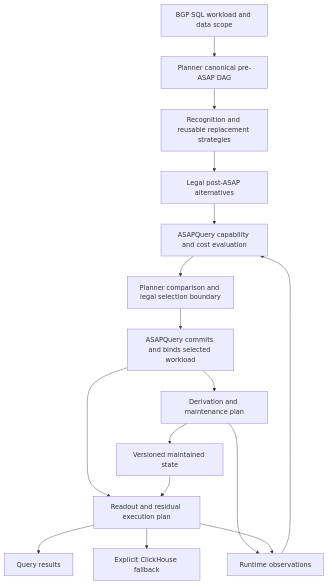
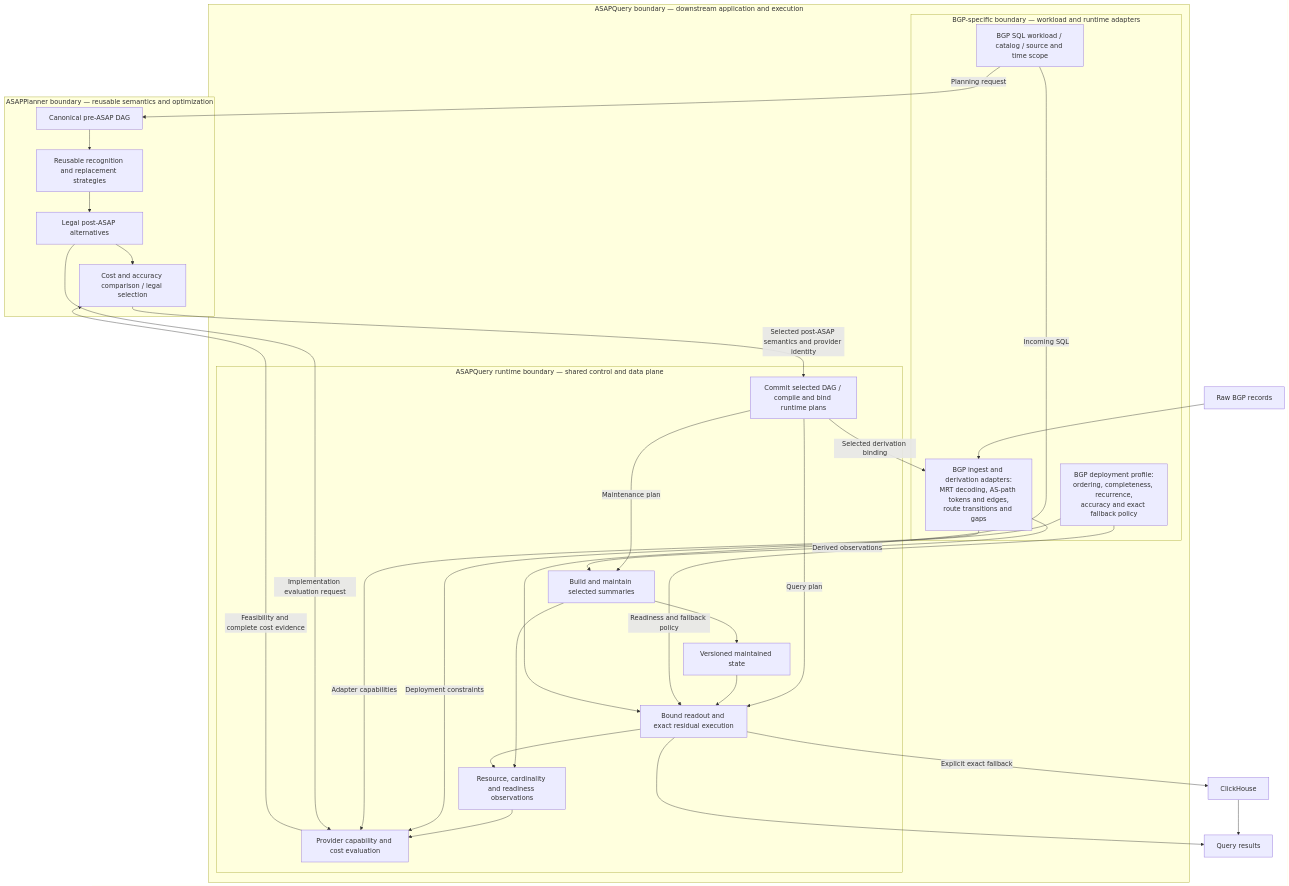
The first of 2 diagrams in .design_docs/ASAPPLANNER_INTEGRATION_PLAN.md (ProjectASAP/ASAPQuery), drawn with Mermaid before and after one commit. The commit also changed other lines of this file, not shown here.

Commit message:
docs: show Planner runtime and BGP ownership boundaries

````diff
--- a/.design_docs/ASAPPLANNER_INTEGRATION_PLAN.md
+++ b/.design_docs/ASAPPLANNER_INTEGRATION_PLAN.md
@@ -55,18 +55,50 @@
 ```mermaid
 flowchart TD
-    Q[BGP SQL workload and data scope] --> P[Planner canonical pre-ASAP DAG]
-    P --> R[Recognition and reusable replacement strategies]
-    R --> A[Legal post-ASAP alternatives]
-    A --> E[ASAPQuery capability and cost evaluation]
-    E --> S[Planner comparison and legal selection boundary]
-    S --> C[ASAPQuery commits and binds selected workload]
-    C --> I[Derivation and maintenance plan]
-    C --> X[Readout and residual execution plan]
-    I --> Store[Versioned maintained state]
-    Store --> X
+    subgraph Planner["ASAPPlanner boundary — reusable semantics and optimization"]
+        P[Canonical pre-ASAP DAG]
+        R[Reusable recognition and replacement strategies]
+        A[Legal post-ASAP alternatives]
+        S[Cost and accuracy comparison / legal selection]
+        P --> R --> A
+        A --> S
+    end
+
+    subgraph Query["ASAPQuery boundary — downstream application and execution"]
+        subgraph BGP["BGP-specific boundary — workload and runtime adapters"]
+            Q[BGP SQL workload / catalog / source and time scope]
+            D[BGP ingest and derivation adapters:<br/>MRT decoding, AS-path tokens and edges,<br/>route transitions and gaps]
+            Profile[BGP deployment profile:<br/>ordering, completeness, recurrence,<br/>accuracy and exact fallback policy]
+        end
+
+        subgraph Runtime["ASAPQuery runtime boundary — shared control and data plane"]
+            E[Provider capability and cost evaluation]
+            C[Commit selected DAG / compile and bind runtime plans]
+            I[Build and maintain selected summaries]
+            Store[Versioned maintained state]
+            X[Bound readout and exact residual execution]
+            O[Resource, cardinality and readiness observations]
+            C -->|Maintenance plan| I
+            C -->|Query plan| X
+            I --> Store --> X
+            I --> O
+            X --> O
+            O --> E
+        end
+
+        Profile -->|Deployment constraints| E
+        Profile -->|Readiness and fallback policy| X
+        D -->|Adapter capabilities| E
+        C -->|Selected derivation binding| D
+        D -->|Derived observations| I
+        Q -->|Incoming SQL| X
+    end
+
+    Raw[Raw BGP records] --> D
+    Q -->|Planning request| P
+    A -->|Implementation evaluation request| E
+    E -->|Feasibility and complete cost evidence| S
+    S -->|Selected post-ASAP semantics and provider identity| C
     X --> Result[Query results]
-    X --> F[Explicit ClickHouse fallback]
-    I --> O[Runtime observations]
-    X --> O
-    O --> E
+    X -->|Explicit exact fallback| F[ClickHouse]
+    F --> Result
 ```
````
